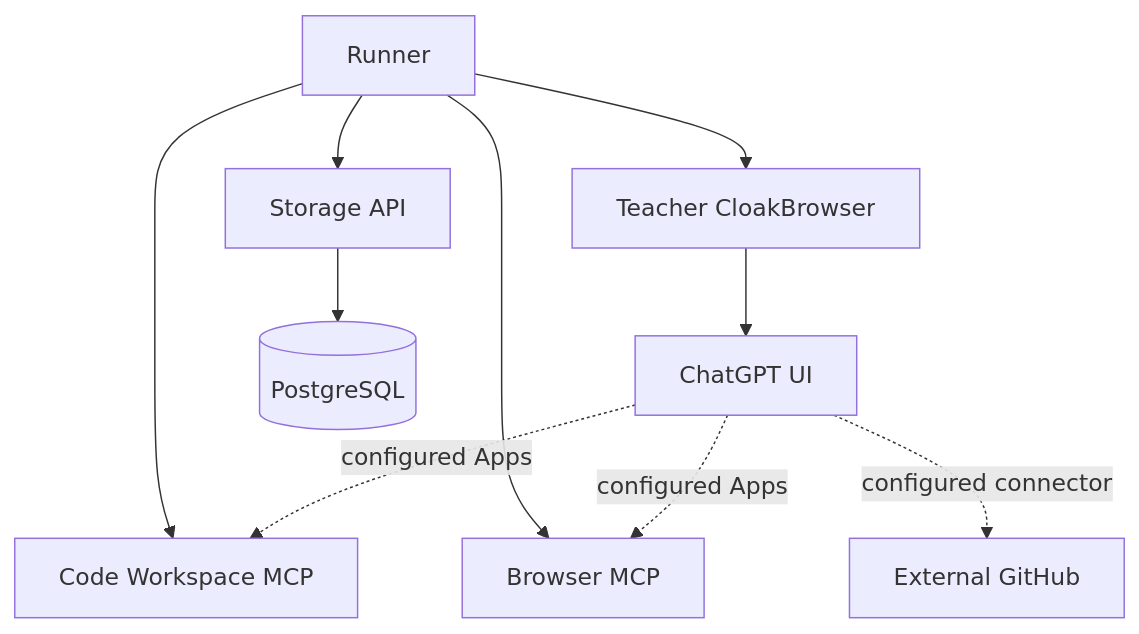
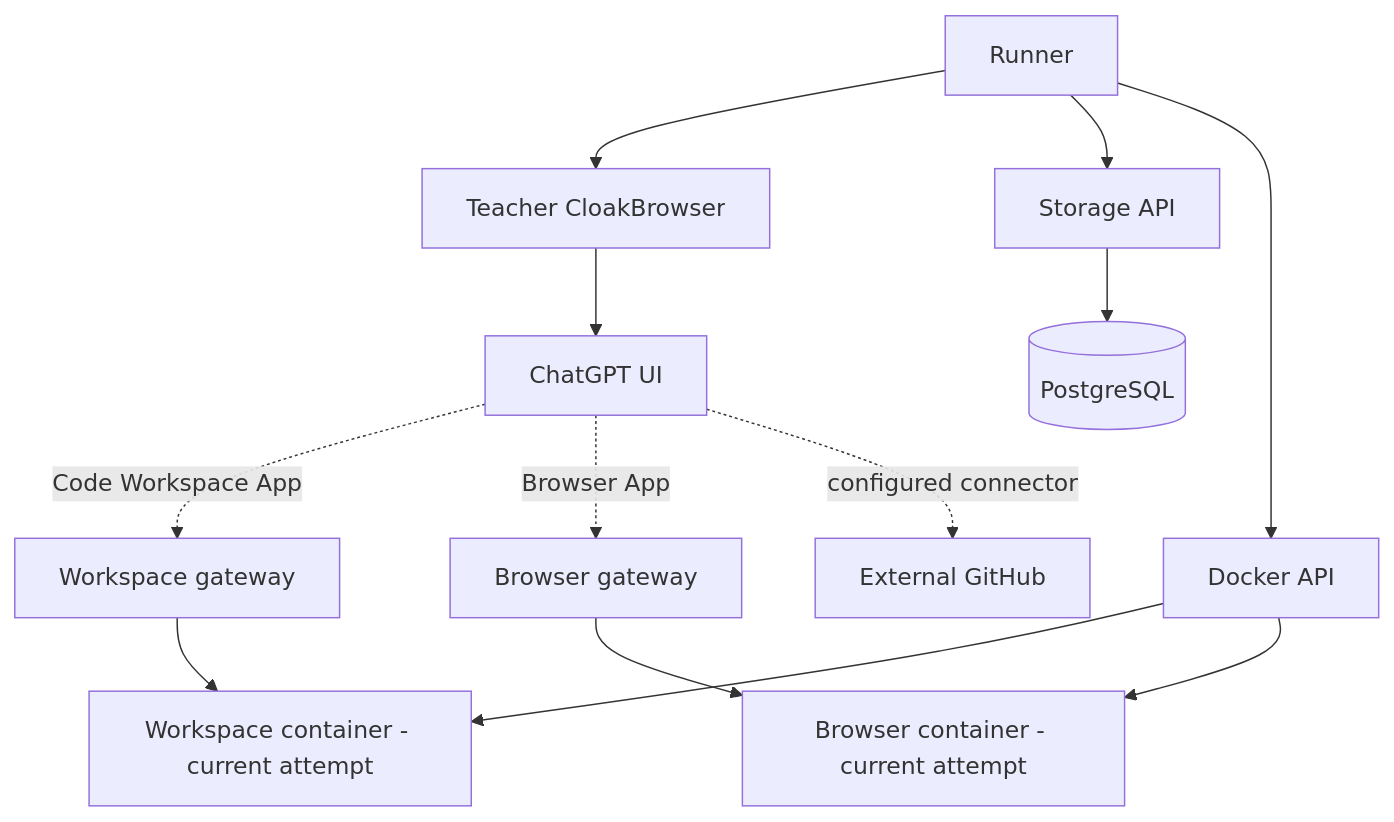
Before and after one commit to Subzero710/gpt_trace_extractor_for_cyberbenchmarking: the first of 2 diagrams in docs/architecture.md, drawn with Mermaid. The commit also changed other lines of this file and 33 other files, not shown here.

````diff
--- a/docs/architecture.md
+++ b/docs/architecture.md
@@ -5,12 +5,15 @@
 ```mermaid
 flowchart TB
     R[Runner] --> T[Teacher CloakBrowser]
     T --> C[ChatGPT UI]
     R --> S[Storage API]
     S --> P[(PostgreSQL)]
-    R --> W[Code Workspace MCP]
-    R --> B[Browser MCP]
-    C -. configured Apps .-> W
-    C -. configured Apps .-> B
+    C -. Code Workspace App .-> WG[Workspace gateway]
+    C -. Browser App .-> BG[Browser gateway]
     C -. configured connector .-> G[External GitHub]
+    R --> D[Docker API]
+    D --> W[Workspace container - current attempt]
+    D --> B[Browser container - current attempt]
+    WG --> W
+    BG --> B
 ```
````
